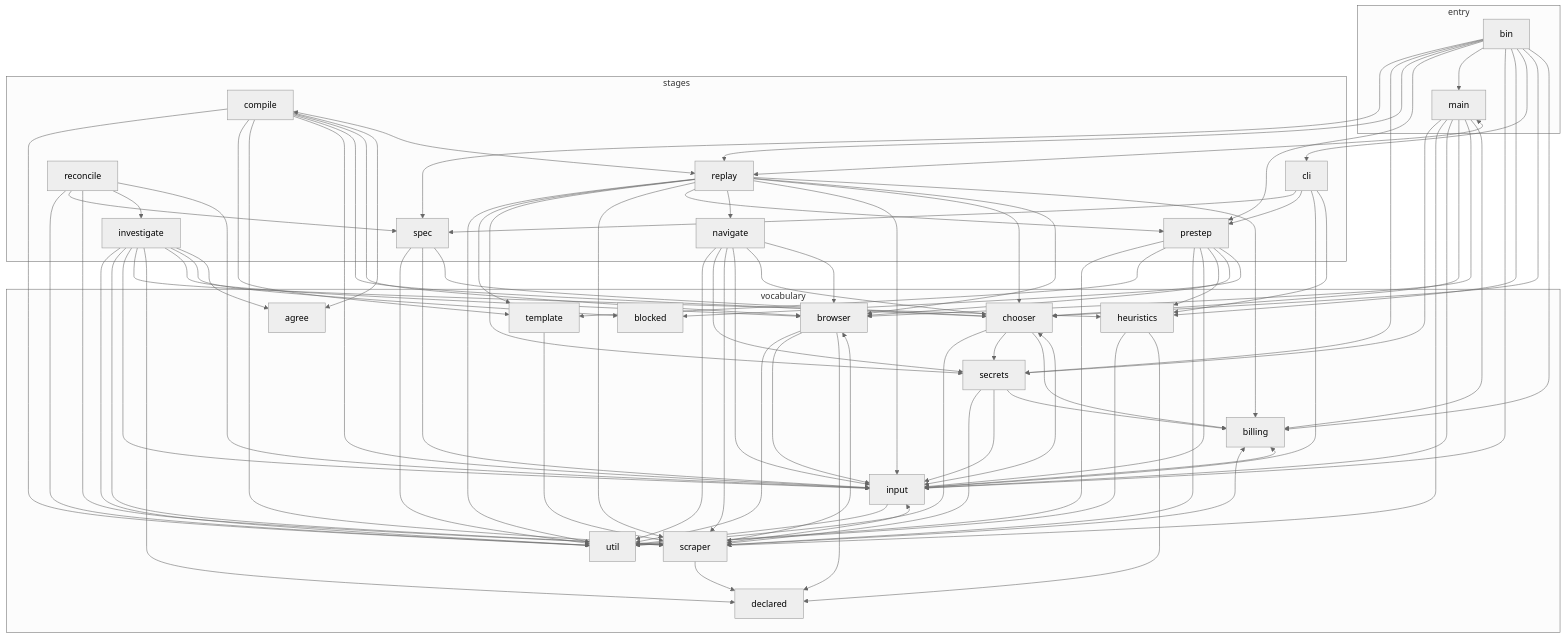
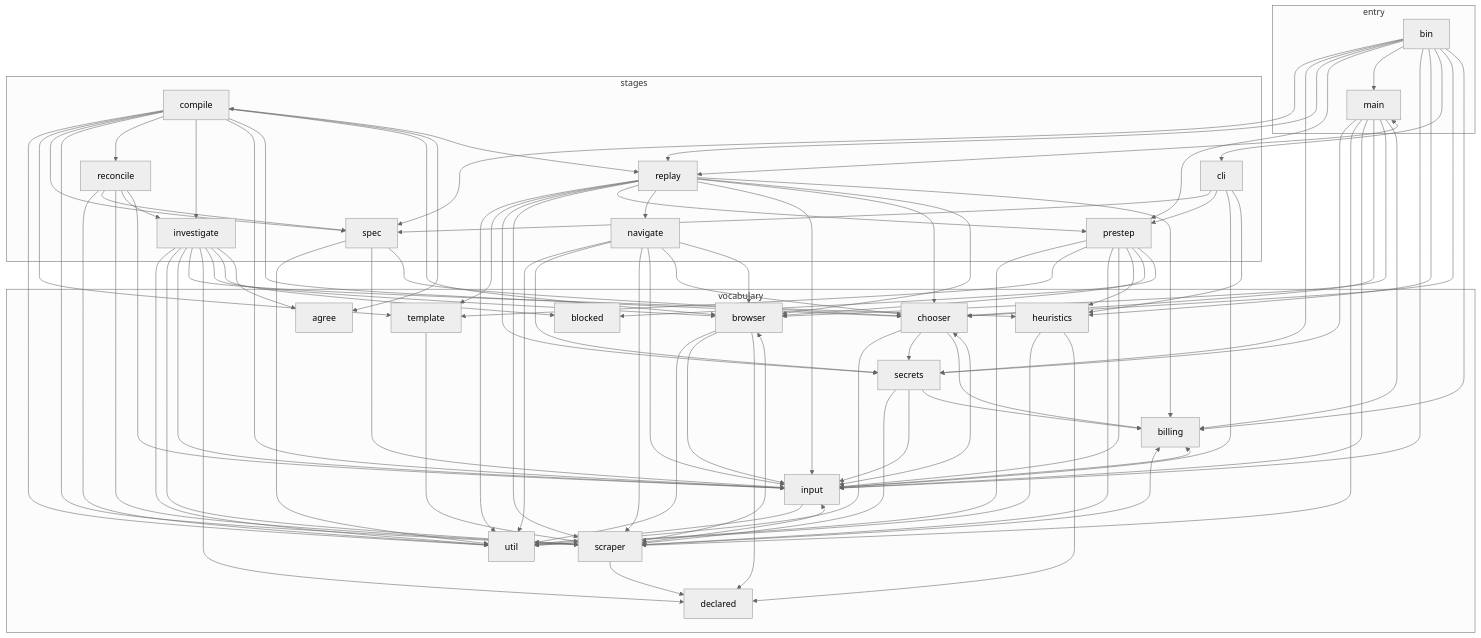
Before and after one commit to fellowship-dev/navvi: the diagram in docs/architecture.md, drawn with Mermaid (neutral theme). The commit also changed other lines of this file and 8 other files, not shown here.

```diff
--- a/docs/architecture.md
+++ b/docs/architecture.md
@@ -77,7 +79,10 @@
   compile --> browser
   compile --> chooser
   compile --> input
+  compile --> investigate
+  compile --> reconcile
   compile --> scraper
+  compile --> spec
   compile --> template
   compile --> util
   heuristics --> declared
```
